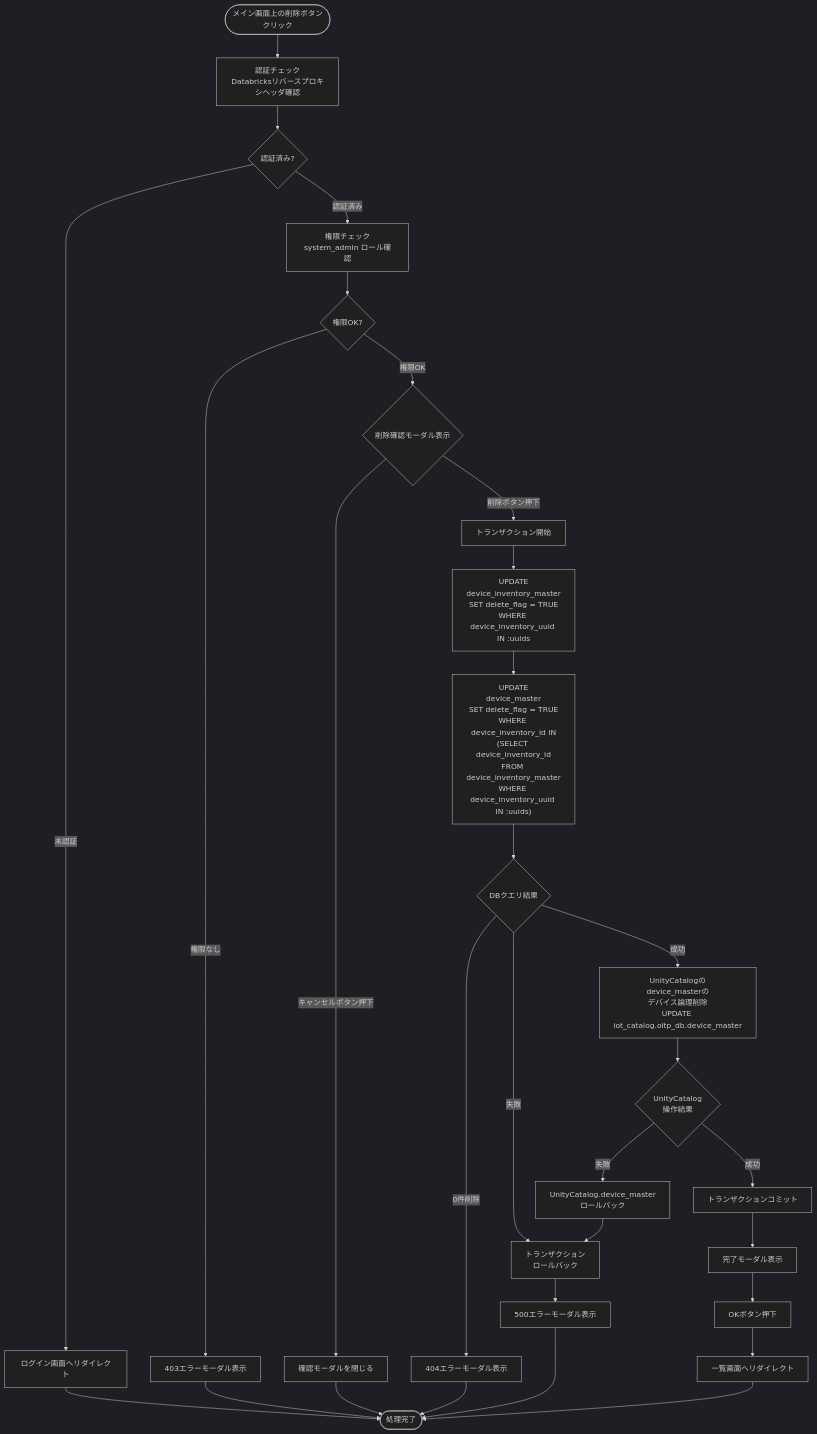
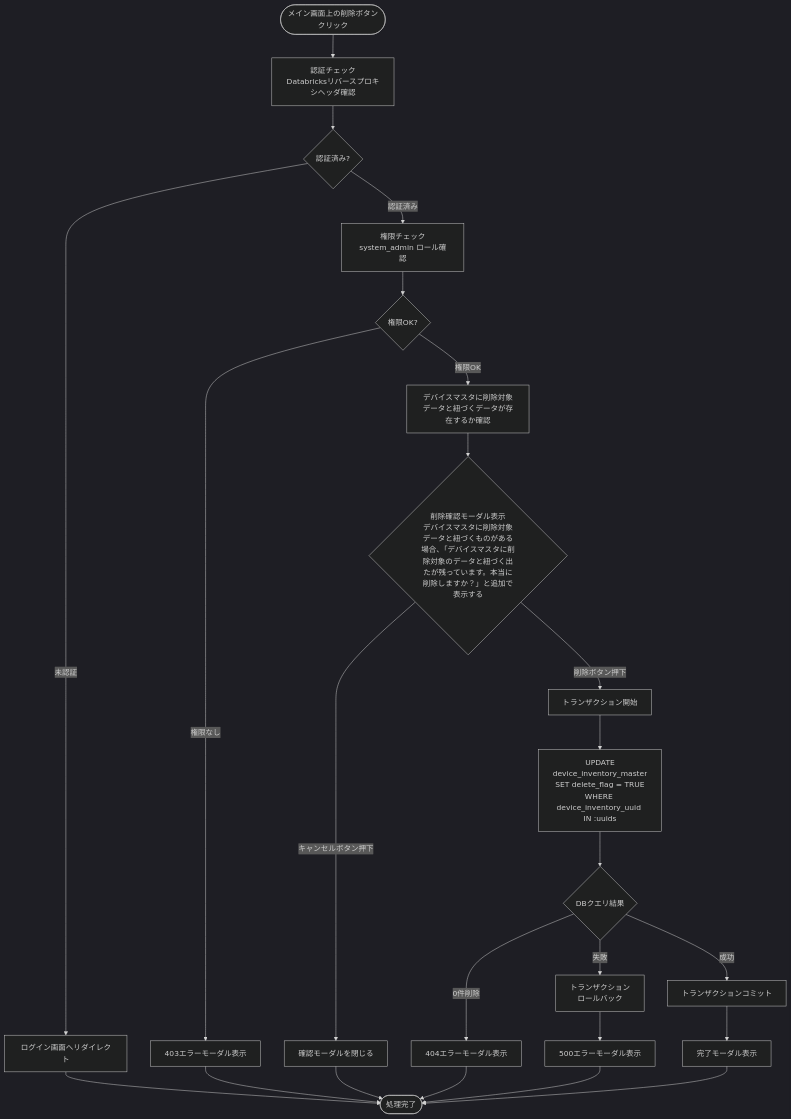
The seventh of 9 diagrams in docs/03-features/flask-app/device-inventory/workflow-specification.md (NSW-SVCP-AIWG002/Databricks-IoT), drawn with Mermaid (dark theme) before and after one commit. The commit also changed other lines of this file and 4 other files, not shown here.

````diff
--- a/docs/03-features/flask-app/device-inventory/workflow-specification.md
+++ b/docs/03-features/flask-app/device-inventory/workflow-specification.md
@@ -1224,40 +1224,33 @@
 ```mermaid
 flowchart TD
     Start([メイン画面上の削除ボタン<br>クリック]) --> Auth[認証チェック<br>Databricksリバースプロキシヘッダ確認]
     Auth --> CheckAuth{認証済み?}
     CheckAuth -->|未認証| Error401[ログイン画面へリダイレクト]
     Error401 --> End([処理完了])
 
     CheckAuth -->|認証済み| Permission[権限チェック<br>system_admin ロール確認]
     Permission --> CheckPerm{権限OK?}
     CheckPerm -->|権限なし| Error403[403エラーモーダル表示]
     Error403 --> End
 
-    CheckPerm -->|権限OK| OpenModal{削除確認モーダル表示}
+    CheckPerm -->|権限OK| CheckDeviceMaster[デバイスマスタに削除対象データと紐づくデータが存在するか確認]
+    CheckDeviceMaster --> OpenModal{削除確認モーダル表示<br>デバイスマスタに削除対象データと紐づくものがある場合、「デバイスマスタに削除対象のデータと紐づく出たが残っています。本当に削除しますか？」と追加で表示する}
     OpenModal -->|キャンセルボタン押下| CloseModal[確認モーダルを閉じる]
     CloseModal --> End
 
     OpenModal -->|削除ボタン押下| StartTx[トランザクション開始]
     StartTx --> DeleteInventory[UPDATE<br>device_inventory_master<br>SET delete_flag = TRUE<br>WHERE device_inventory_uuid IN :uuids]
-    DeleteInventory --> DeleteDevice["UPDATE<br>device_master<br>SET delete_flag = TRUE<br>WHERE device_inventory_id IN<br>(SELECT device_inventory_id<br>FROM device_inventory_master<br>WHERE device_inventory_uuid IN :uuids)"]
-    DeleteDevice --> Query{DBクエリ結果}
+    DeleteInventory --> Query{DBクエリ結果}
 
     Query -->|0件削除| Error404[404エラーモーダル表示]
     Error404 --> End
 
     Query -->|失敗| Rollback[トランザクション<br>ロールバック]
     Rollback --> Error500[500エラーモーダル表示]
     Error500 --> End
 
-    Query -->|成功| DeleteUC[UnityCatalogの<br>device_masterの<br>デバイス論理削除<br>UPDATE iot_catalog.oltp_db.device_master]
-
-    DeleteUC --> UCDeleteResult{UnityCatalog<br>操作結果}
-    UCDeleteResult --> |成功|Commit[トランザクションコミット]
-    UCDeleteResult --> |失敗|UCRollback[UnityCatalog.device_master<br>ロールバック]
-    UCRollback --> Rollback
+    Query -->|成功|Commit[トランザクションコミット]
 
     Commit --> ShowModal[完了モーダル表示]
-    ShowModal --> ClickOK[OKボタン押下]
-    ClickOK --> Redirect[一覧画面へリダイレクト]
-    Redirect --> End
+    ShowModal --> End
 ```
````
